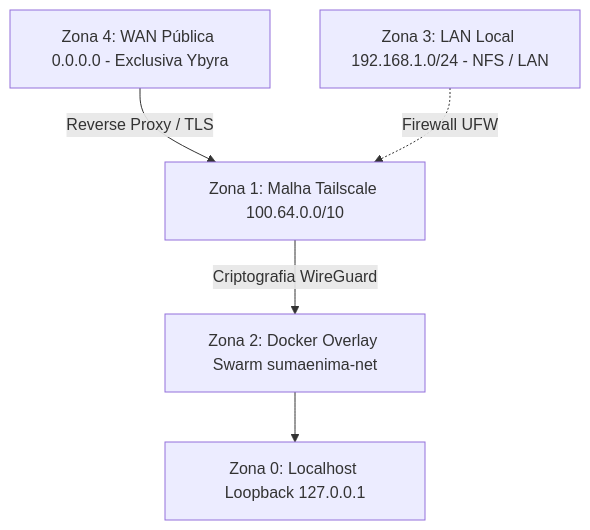
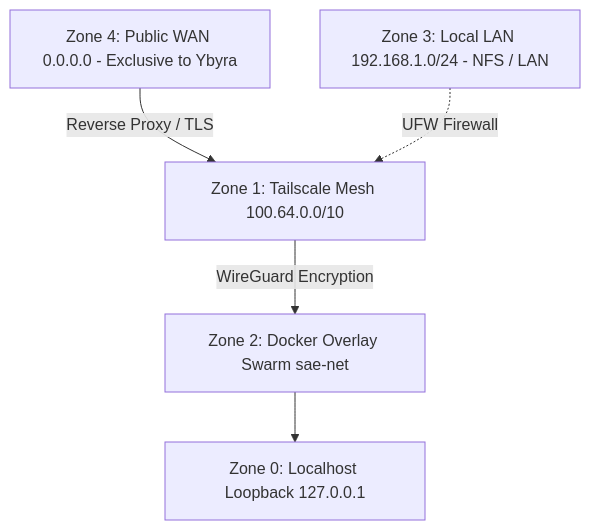
Before and after one commit to ceduardorodrig/MNEMOCINE: the diagram in network/ports.md, drawn with Mermaid. The commit also changed other lines of this file and 95 other files, not shown here.

````diff
--- a/network/ports.md
+++ b/network/ports.md
@@ -16,7 +16,7 @@
 ```mermaid
 graph TD
-    Z4[Zona 4: WAN Pública 0.0.0.0 - Exclusiva Ybyra] -->|Reverse Proxy / TLS| Z1[Zona 1: Malha Tailscale 100.64.0.0/10]
-    Z3[Zona 3: LAN Local 192.168.1.0/24 - NFS / LAN] -.->|Firewall UFW| Z1
-    Z1 -->|Criptografia WireGuard| Z2[Zona 2: Docker Overlay Swarm sumaenima-net]
-    Z2 --> Z0[Zona 0: Localhost Loopback 127.0.0.1]
+    Z4[Zone 4: Public WAN 0.0.0.0 - Exclusive to Ybyra] -->|Reverse Proxy / TLS| Z1[Zone 1: Tailscale Mesh 100.64.0.0/10]
+    Z3[Zone 3: Local LAN 192.168.1.0/24 - NFS / LAN] -.->|UFW Firewall| Z1
+    Z1 -->|WireGuard Encryption| Z2[Zone 2: Docker Overlay Swarm sae-net]
+    Z2 --> Z0[Zone 0: Localhost Loopback 127.0.0.1]
 ```
````
